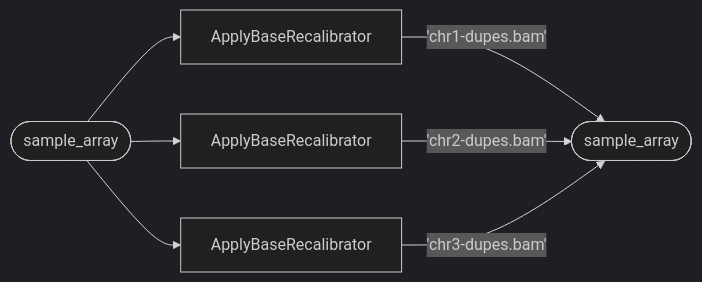
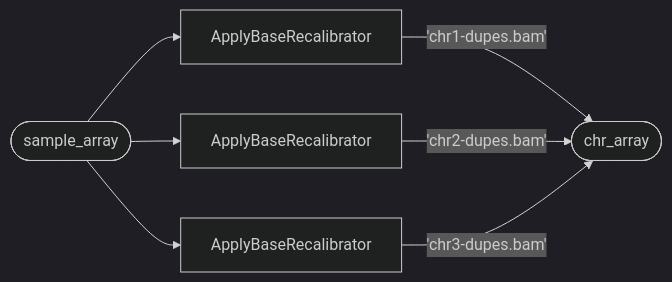
Before and after one commit to fhdsl/Developing_WDL_Workflows: the third of 4 diagrams in assets/mermaid_diagrams.qmd, drawn with Mermaid (dark theme).

````diff
--- a/assets/mermaid_diagrams.qmd
+++ b/assets/mermaid_diagrams.qmd
@@ -26,9 +26,9 @@
 ```{mermaid}
 flowchart LR
 I([sample_array]) --> D[ApplyBaseRecalibrator]
     I --> E[ApplyBaseRecalibrator]
     I --> F[ApplyBaseRecalibrator]
-    D --'chr1-dupes.bam'--> K([sample_array])
+    D --'chr1-dupes.bam'--> K([chr_array])
     E --'chr2-dupes.bam'--> K
     F --'chr3-dupes.bam'--> K
 ```
````
